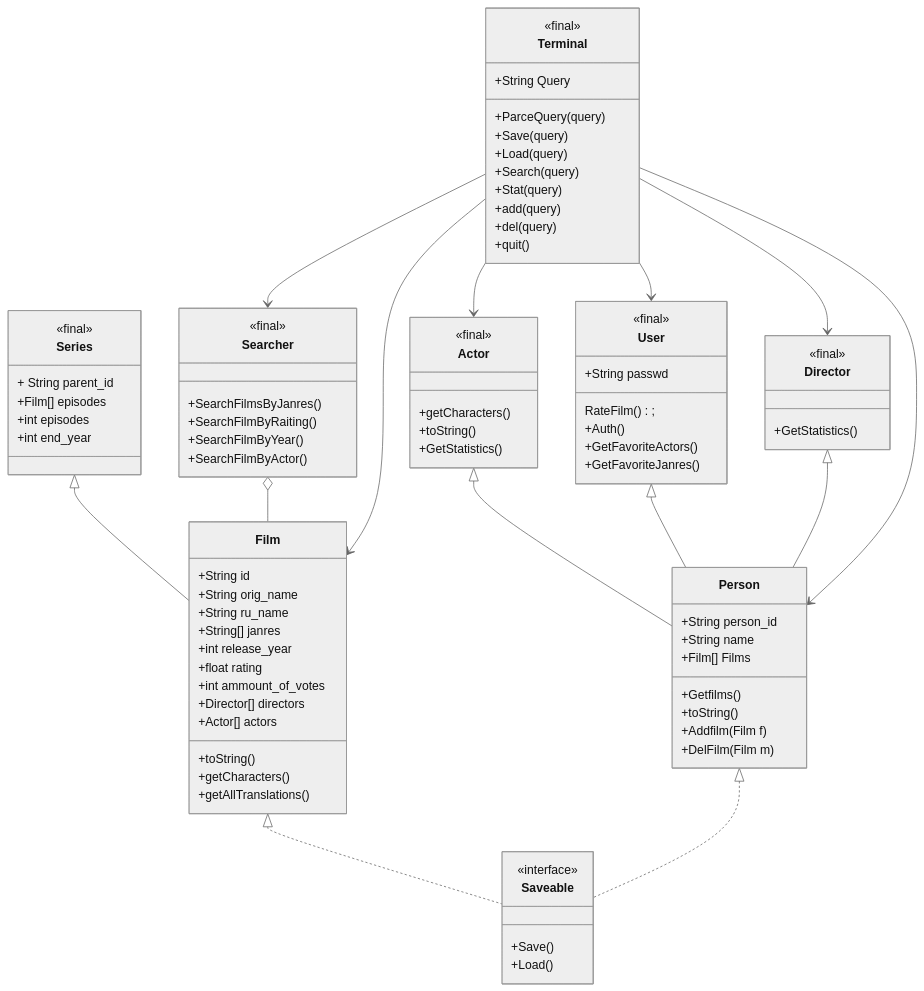
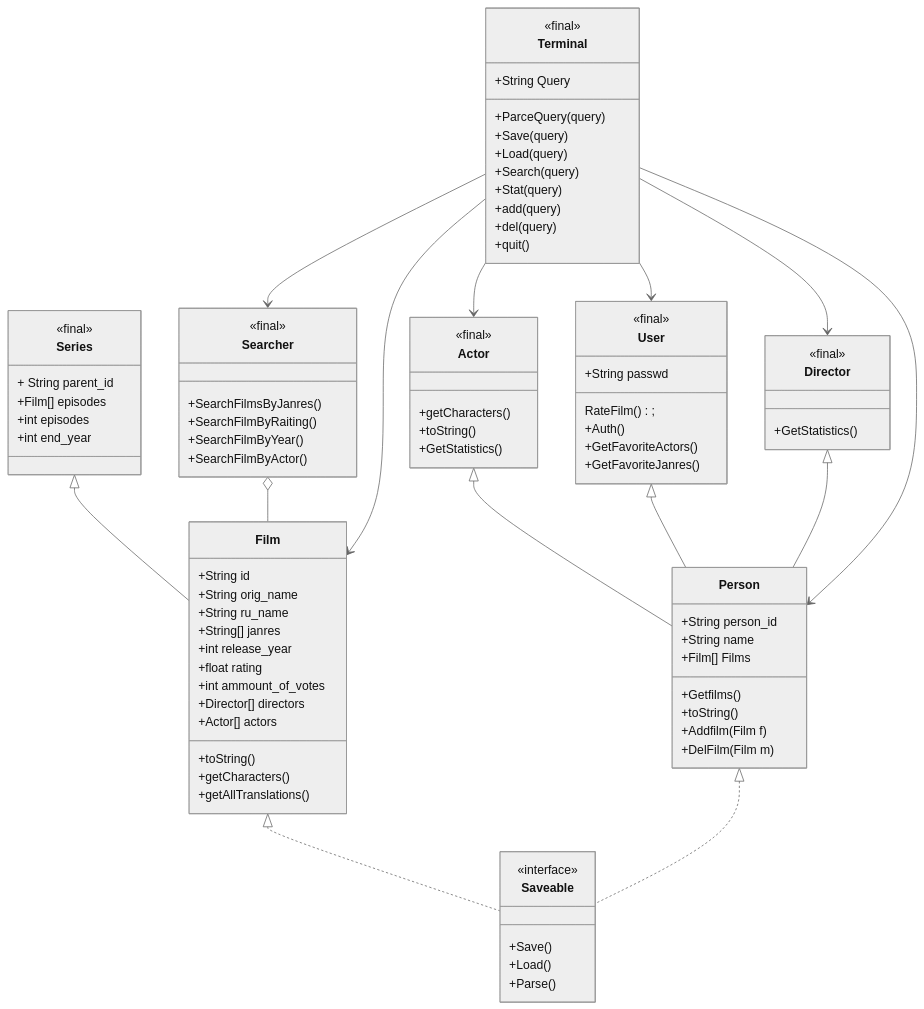
The diagram in Java_OOP/Monastyrskiy/Java_project/docs/structure.md (mmonastyrskiy/Programming_3_sem), drawn with Mermaid (neutral theme) before and after one commit.

```diff
--- a/Java_OOP/Monastyrskiy/Java_project/docs/structure.md
+++ b/Java_OOP/Monastyrskiy/Java_project/docs/structure.md
@@ -89,6 +89,7 @@
     <<interface>>
     +Save()
     +Load()
+    +Parse()
     }
     
     class Searcher{
```
